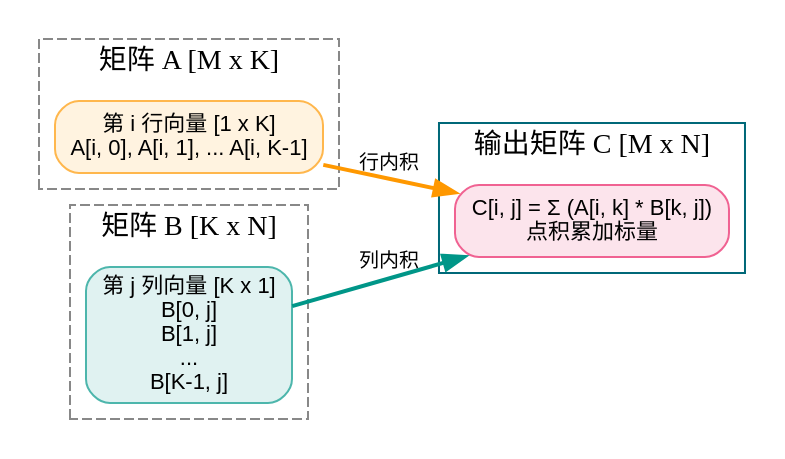
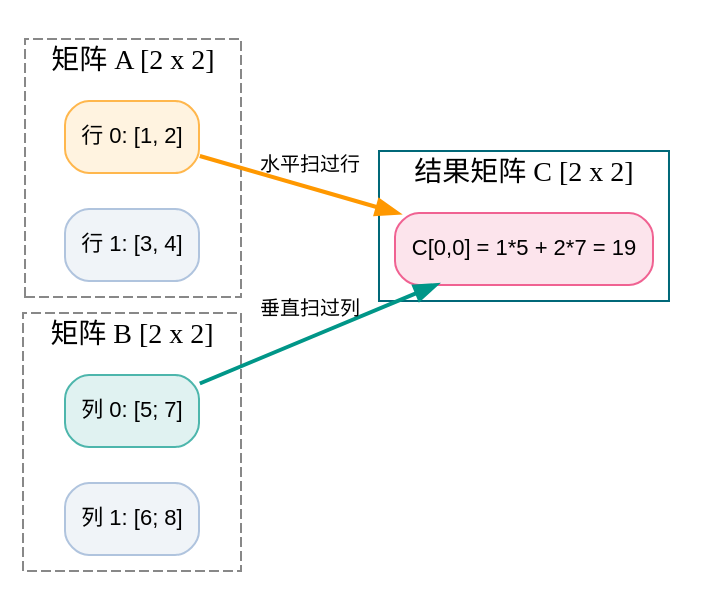
Before and after one commit to hqu-little-boy/blog: the first of 3 diagrams in src/content/posts/dl-operators-02-linear-algebra-gemm-guide.md, drawn with Graphviz. The commit also changed other lines of this file and 11 other files, not shown here.

````diff
--- a/src/content/posts/dl-operators-02-linear-algebra-gemm-guide.md
+++ b/src/content/posts/dl-operators-02-linear-algebra-gemm-guide.md
@@ -51,31 +52,27 @@
 ```graphviz
-digraph GEMMDemo {
+digraph GEMMExplained {
     rankdir=LR;
     node [fontname="Helvetica,Arial,sans-serif", fontsize=11, shape=rect, style="rounded,filled", fillcolor="#f0f4f8", color="#b0c4de"];
     edge [fontname="Helvetica,Arial,sans-serif", fontsize=10, color="#555555"];
 
     subgraph cluster_A {
-        label = "矩阵 A [M x K]";
-        style = dashed;
-        color = "#888888";
-        row_i [label="第 i 行向量 [1 x K]\nA[i, 0], A[i, 1], ... A[i, K-1]", fillcolor="#fff3e0", color="#ffb74d"];
+        label = "矩阵 A [2 x 2]"; style=dashed; color="#888888";
+        a_row0 [label="行 0: [1, 2]", fillcolor="#fff3e0", color="#ffb74d"];
+        a_row1 [label="行 1: [3, 4]"];
     }
 
     subgraph cluster_B {
-        label = "矩阵 B [K x N]";
-        style = dashed;
-        color = "#888888";
-        col_j [label="第 j 列向量 [K x 1]\nB[0, j]\nB[1, j]\n...\nB[K-1, j]", fillcolor="#e0f2f1", color="#4db6ac"];
+        label = "矩阵 B [2 x 2]"; style=dashed; color="#888888";
+        b_col0 [label="列 0: [5; 7]", fillcolor="#e0f2f1", color="#4db6ac"];
+        b_col1 [label="列 1: [6; 8]"];
     }
 
     subgraph cluster_C {
-        label = "输出矩阵 C [M x N]";
-        style = solid;
-        color = "#006878";
-        elem_ij [label="C[i, j] = Σ (A[i, k] * B[k, j])\n点积累加标量", fillcolor="#fce4ec", color="#f06292"];
+        label = "结果矩阵 C [2 x 2]"; style=solid; color="#006878";
+        c00 [label="C[0,0] = 1*5 + 2*7 = 19", fillcolor="#fce4ec", color="#f06292"];
     }
 
-    row_i -> elem_ij [label="行内积", color="#ff9800", penwidth=2];
-    col_j -> elem_ij [label="列内积", color="#009688", penwidth=2];
+    a_row0 -> c00 [label="水平扫过行", color="#ff9800", penwidth=2];
+    b_col0 -> c00 [label="垂直扫过列", color="#009688", penwidth=2];
 }
 ```
````
